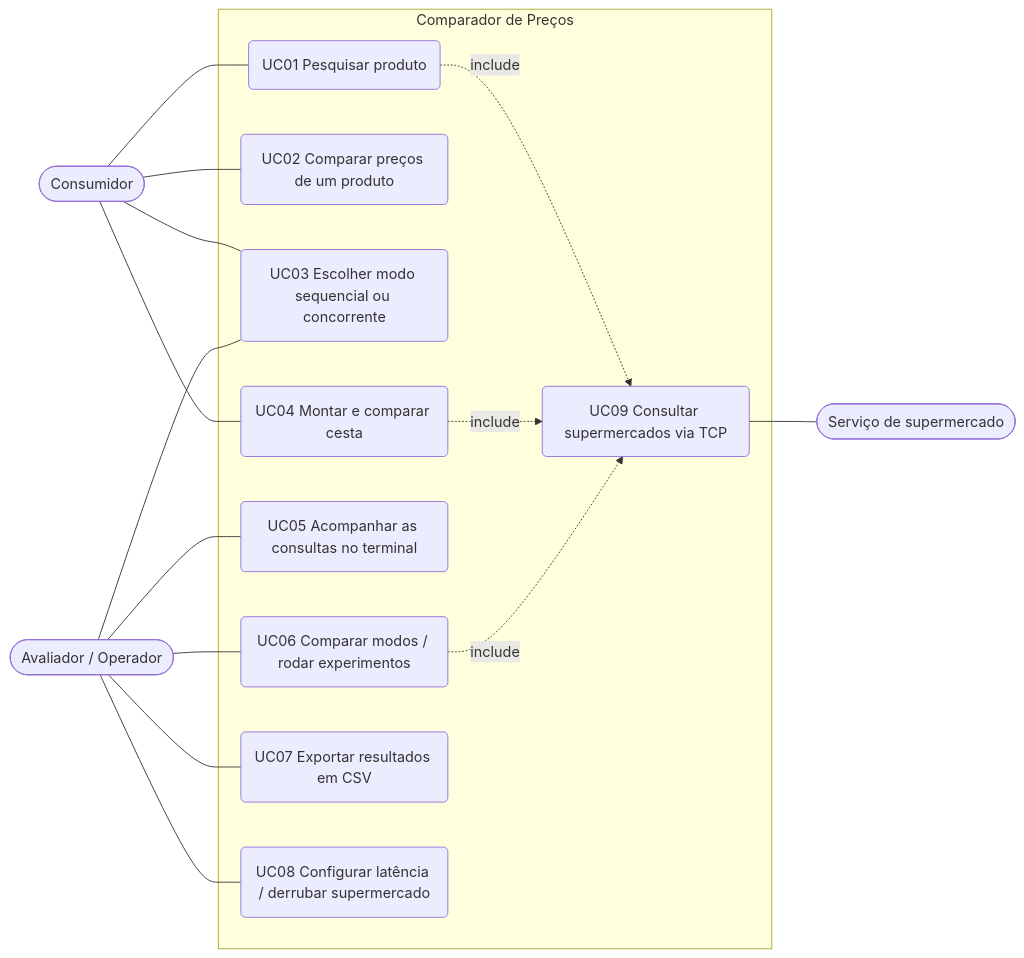
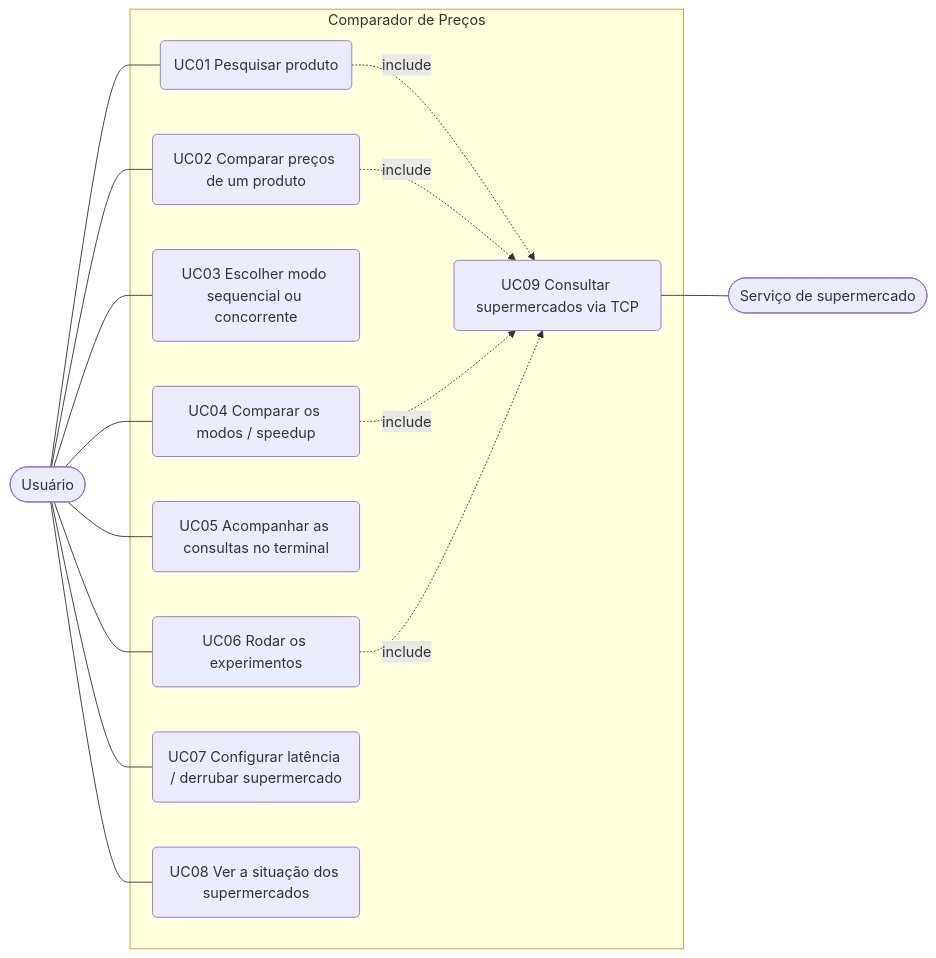
Before and after one commit to coelhomarcus/market-sync: the diagram in docs/requisitos.md, drawn with Mermaid. The commit also changed other lines of this file and 51 other files, not shown here.

````diff
--- a/docs/requisitos.md
+++ b/docs/requisitos.md
@@ -110,25 +111,24 @@
 ```mermaid
 flowchart LR
-    C([Consumidor])
-    A([Avaliador / Operador])
+    U([Usuário])
     M([Serviço de supermercado])
 
     subgraph Sistema["Comparador de Preços"]
         UC1(UC01 Pesquisar produto)
         UC2(UC02 Comparar preços de um produto)
         UC3(UC03 Escolher modo sequencial ou concorrente)
-        UC4(UC04 Montar e comparar cesta)
+        UC4(UC04 Comparar os modos / speedup)
         UC5(UC05 Acompanhar as consultas no terminal)
-        UC6(UC06 Comparar modos / rodar experimentos)
-        UC7(UC07 Exportar resultados em CSV)
-        UC8(UC08 Configurar latência / derrubar supermercado)
+        UC6(UC06 Rodar os experimentos)
+        UC7(UC07 Configurar latência / derrubar supermercado)
+        UC8(UC08 Ver a situação dos supermercados)
         UC9(UC09 Consultar supermercados via TCP)
     end
 
-    C --- UC1 & UC2 & UC3 & UC4
-    A --- UC3 & UC5 & UC6 & UC7 & UC8
+    U --- UC1 & UC2 & UC3 & UC4 & UC5 & UC6 & UC7 & UC8
     UC1 -. include .-> UC9
+    UC2 -. include .-> UC9
     UC4 -. include .-> UC9
     UC6 -. include .-> UC9
     UC9 --- M
 ```
````
